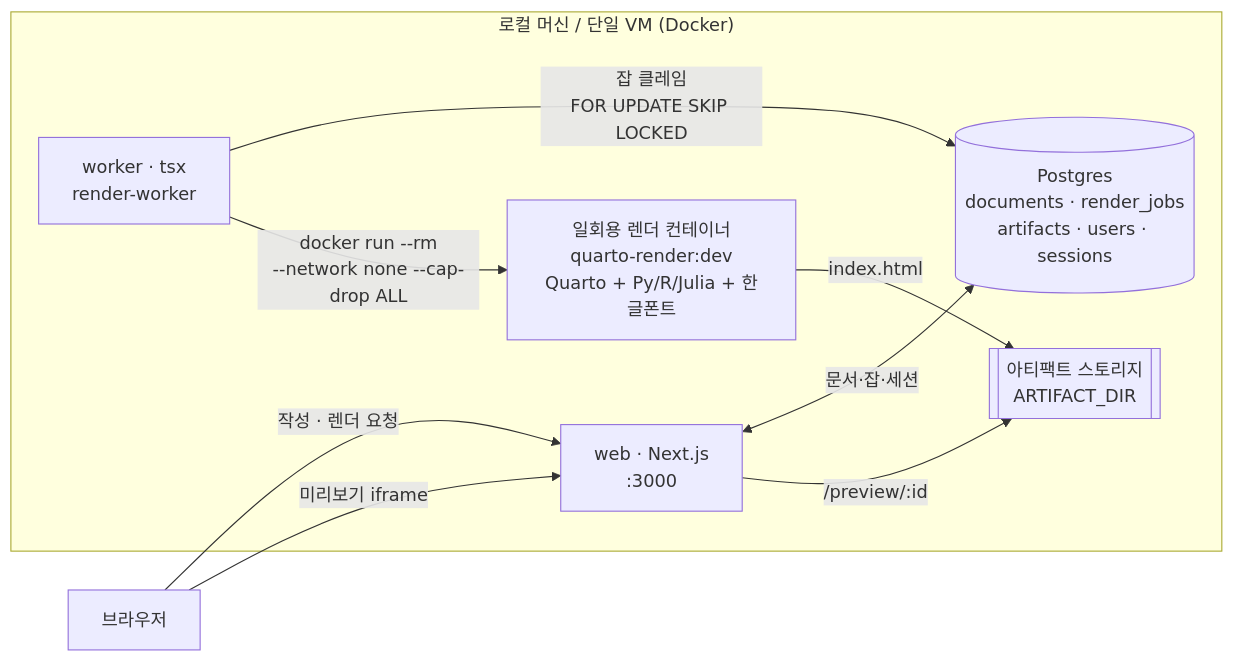
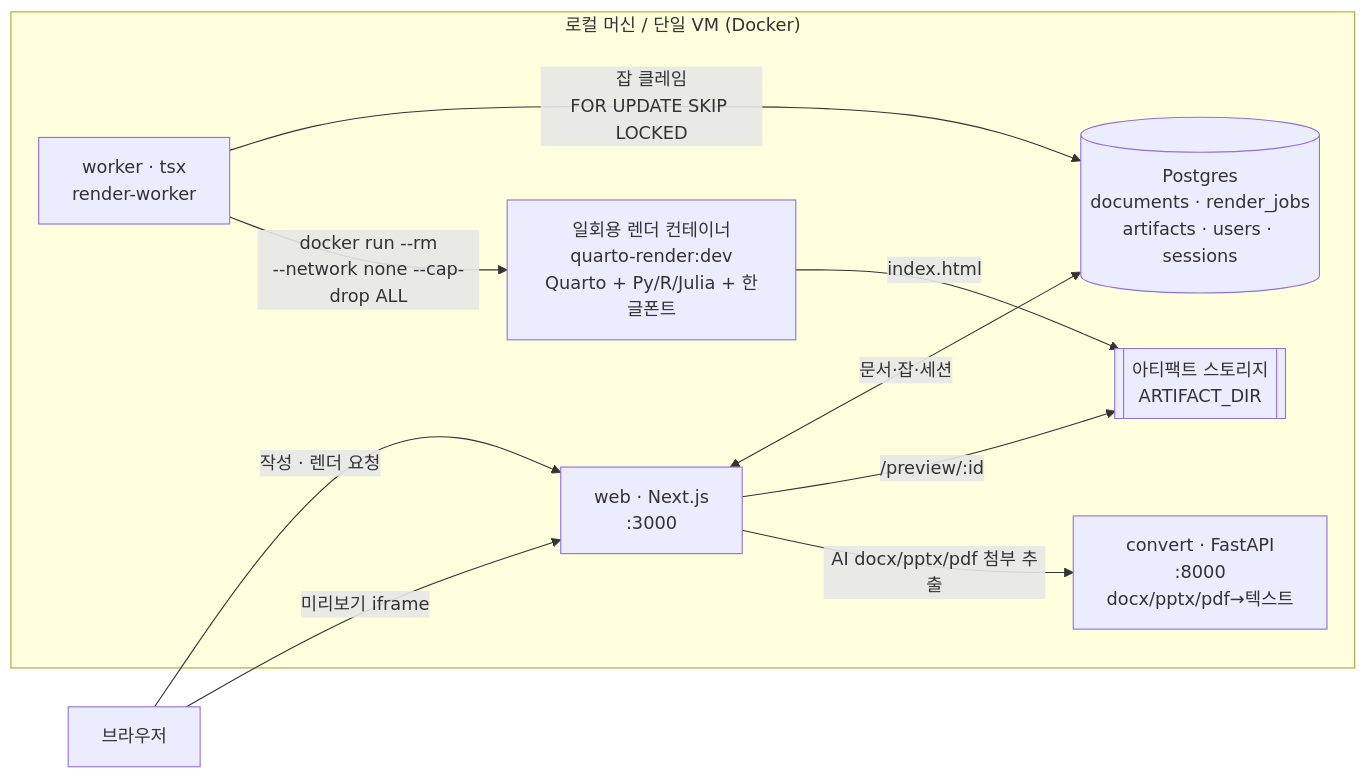
One commit to wally-wally/quarto-studio changed the diagram in README.md. Above: the diagram before and after it, drawn with Mermaid. The commit also changed other lines of this file and 1 other file, not shown here.

First line of the commit message:
docs(convert): convert 사이드카 기동 안내 추가 (README·QUICKSTART)

````diff
--- a/README.md
+++ b/README.md
@@ -16,18 +16,20 @@
 ```mermaid
 flowchart LR
   B["브라우저"]
   subgraph host["로컬 머신 / 단일 VM (Docker)"]
     W["web · Next.js<br/>:3000"]
     PG[("Postgres<br/>documents · render_jobs<br/>artifacts · users · sessions")]
     WK["worker · tsx<br/>render-worker"]
     RC["일회용 렌더 컨테이너<br/>quarto-render:dev<br/>Quarto + Py/R/Julia + 한글폰트"]
     AR[["아티팩트 스토리지<br/>ARTIFACT_DIR"]]
+    CV["convert · FastAPI<br/>:8000<br/>docx/pptx/pdf→텍스트"]
     W <-->|"문서·잡·세션"| PG
     WK -->|"잡 클레임<br/>FOR UPDATE SKIP LOCKED"| PG
     WK -->|"docker run --rm<br/>--network none --cap-drop ALL"| RC
     RC -->|"index.html"| AR
     W -->|"/preview/:id"| AR
+    W -->|"AI docx/pptx/pdf 첨부 추출"| CV
   end
   B -->|"작성 · 렌더 요청"| W
   B -->|"미리보기 iframe"| W
 ```
````
